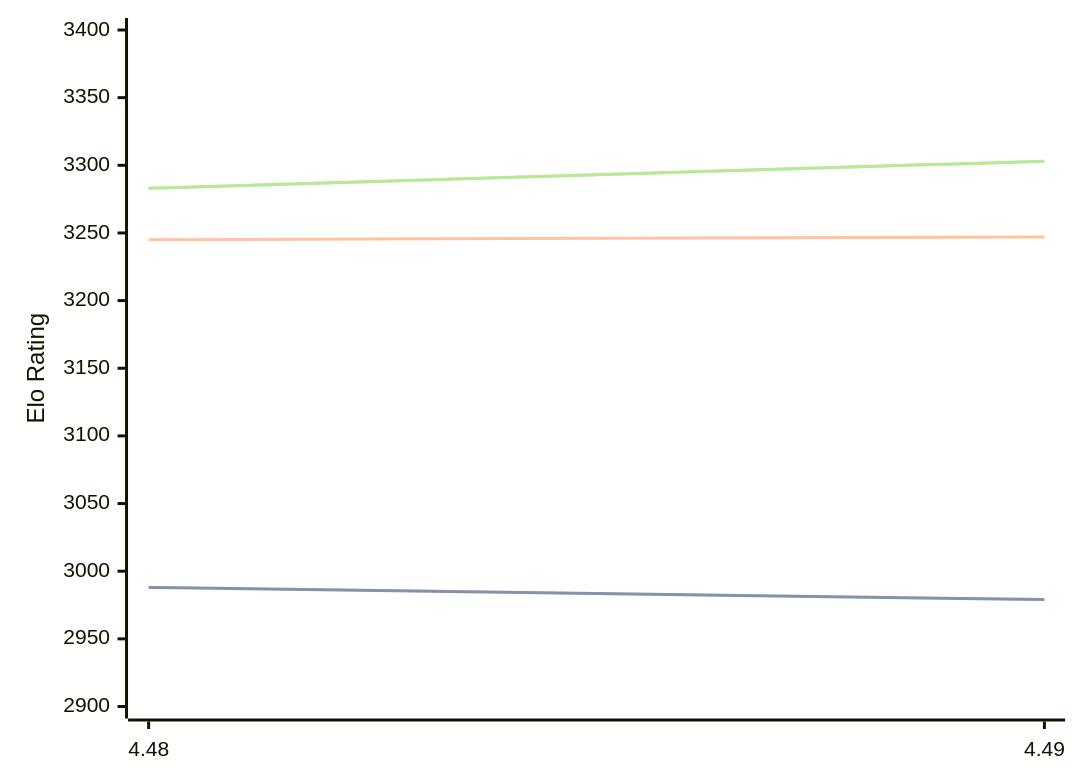
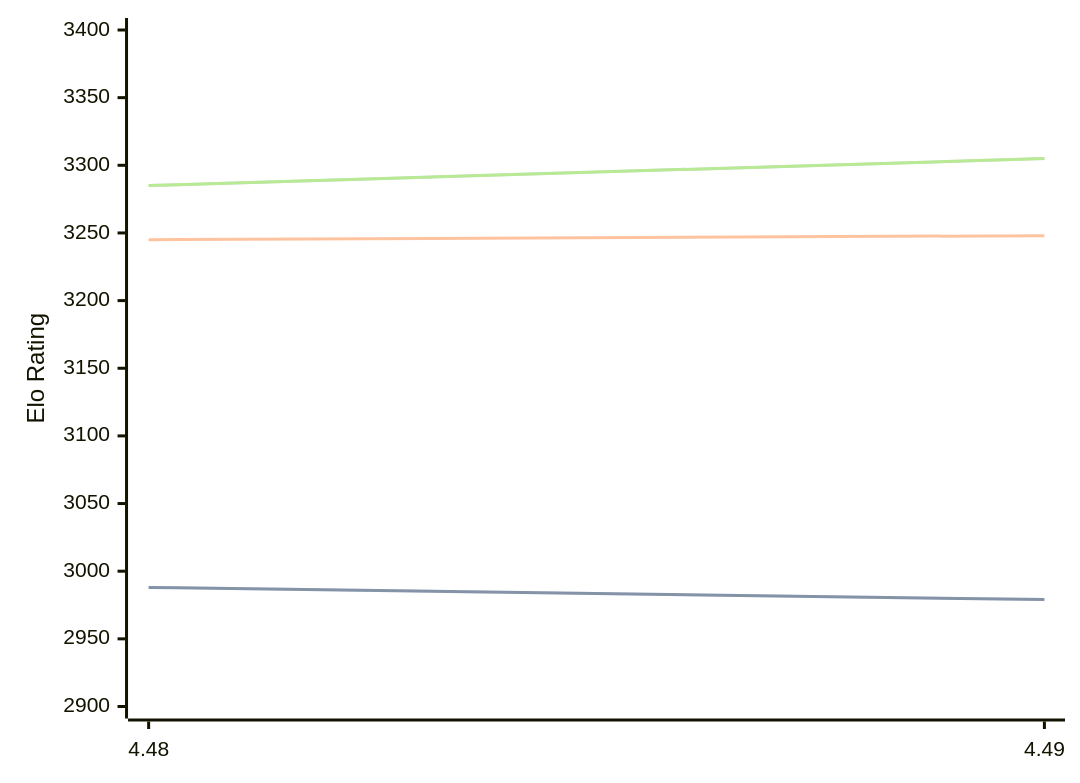
Before and after one commit to computer-chess-index/cci: the diagram in engines/Cheng4.md, drawn with Mermaid. The commit also changed other lines of this file, not shown here.

Commit message:
Update CCI Ratings (ELO VLTC) - 2026-09-27

````diff
--- a/engines/Cheng4.md
+++ b/engines/Cheng4.md
@@ -32,11 +32,11 @@
 ```mermaid
 %%{init: {"theme":"base","themeVariables":{"seriesColors:['#a3a3a3','#222221','#faa371']}}}%%
 xychart-beta
   x-axis ["4.48", "4.49"]
   y-axis "Elo Rating" 2900 --> 3400
   line "" [2988, 2979]
   line "STC (8.0+0.08s)" [2988, 2979]
-  line "LTC (60.0+0.60s)" [3245, 3247]
-  line "" [3283, 3303]
-  line "VLTC (2m24s+1.12s)" [3283, 3303]
+  line "LTC (60.0+0.60s)" [3245, 3248]
+  line "" [3285, 3305]
+  line "VLTC (2m24s+1.12s)" [3285, 3305]
 ```
````
